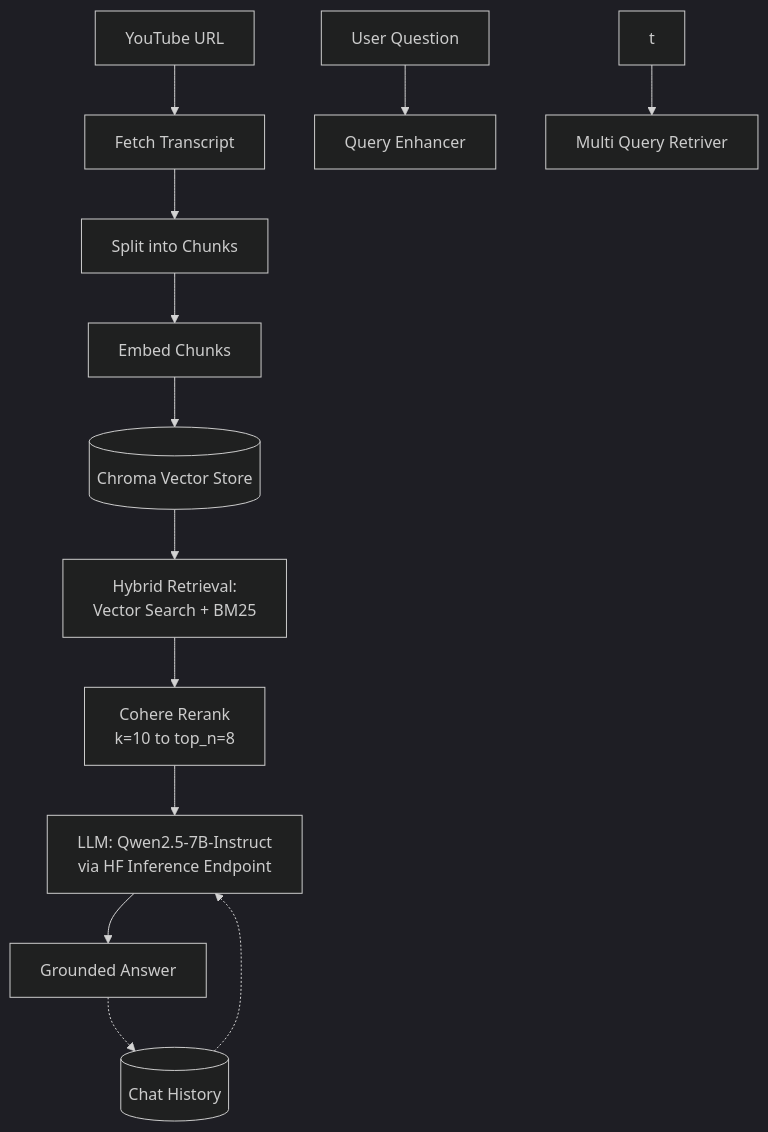
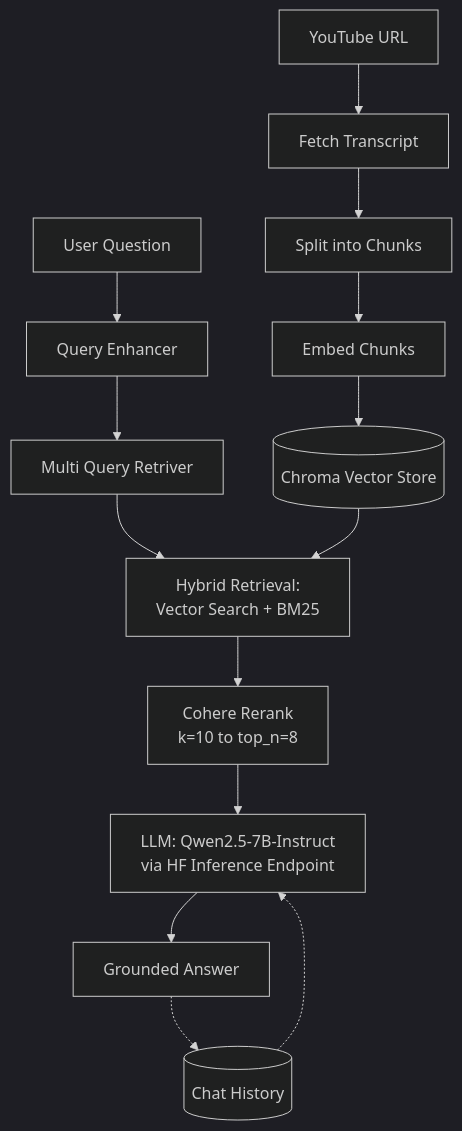
One commit to RoronoaZoro450/Youtube_Video_RAG changed the diagram in README.md. Above: the diagram before and after it, drawn with Mermaid (dark theme).

````diff
--- a/README.md
+++ b/README.md
@@ -57,17 +57,17 @@
 ```mermaid
 flowchart TD
     A[YouTube URL] --> B[Fetch Transcript]
     B --> C[Split into Chunks]
     C --> D[Embed Chunks]
     D --> E[(Chroma Vector Store)]
 
     Q[User Question] --> T[Query Enhancer]
-    t --> O[Multi Query Retriver]
-    H["Hybrid Retrieval:<br/>Vector Search + BM25"]
+    T --> O[Multi Query Retriver]
+    O --> H["Hybrid Retrieval:<br/>Vector Search + BM25"]
     E --> H
     H --> R["Cohere Rerank<br/>k=10 to top_n=8"]
     R --> L["LLM: Qwen2.5-7B-Instruct<br/>via HF Inference Endpoint"]
     M[(Chat History)] -.-> L
     L --> AN[Grounded Answer]
     AN -.-> M
 ```
````
